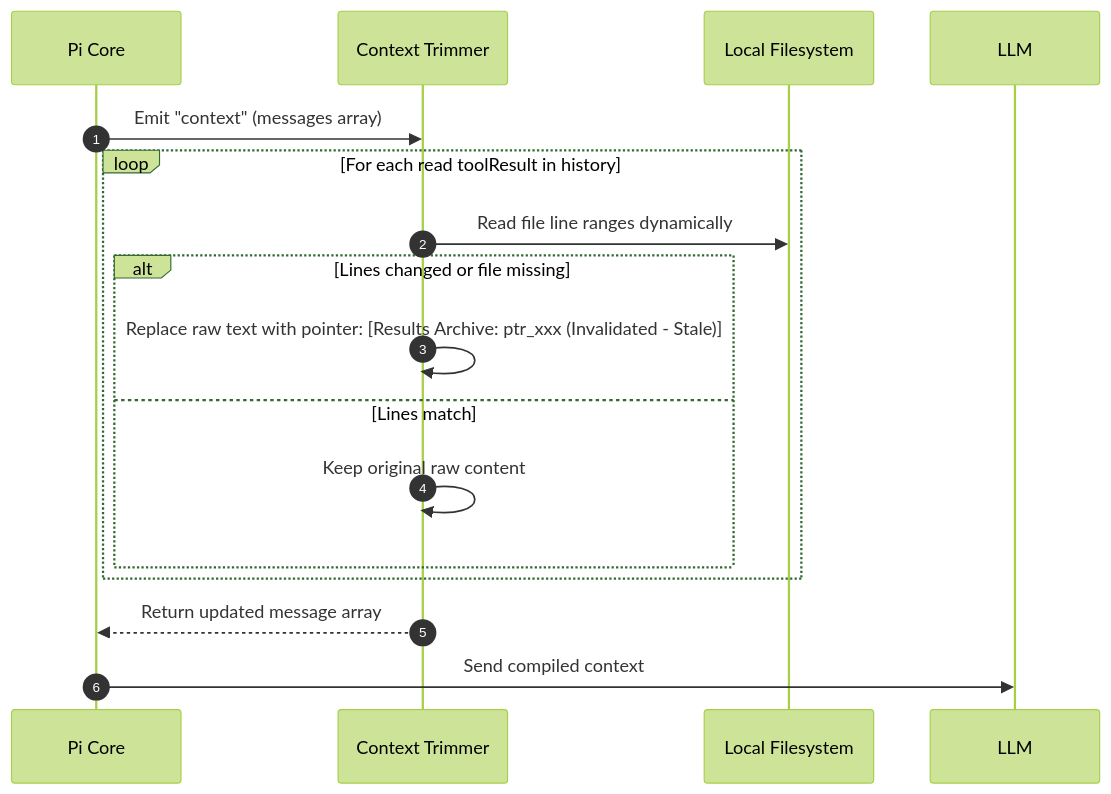
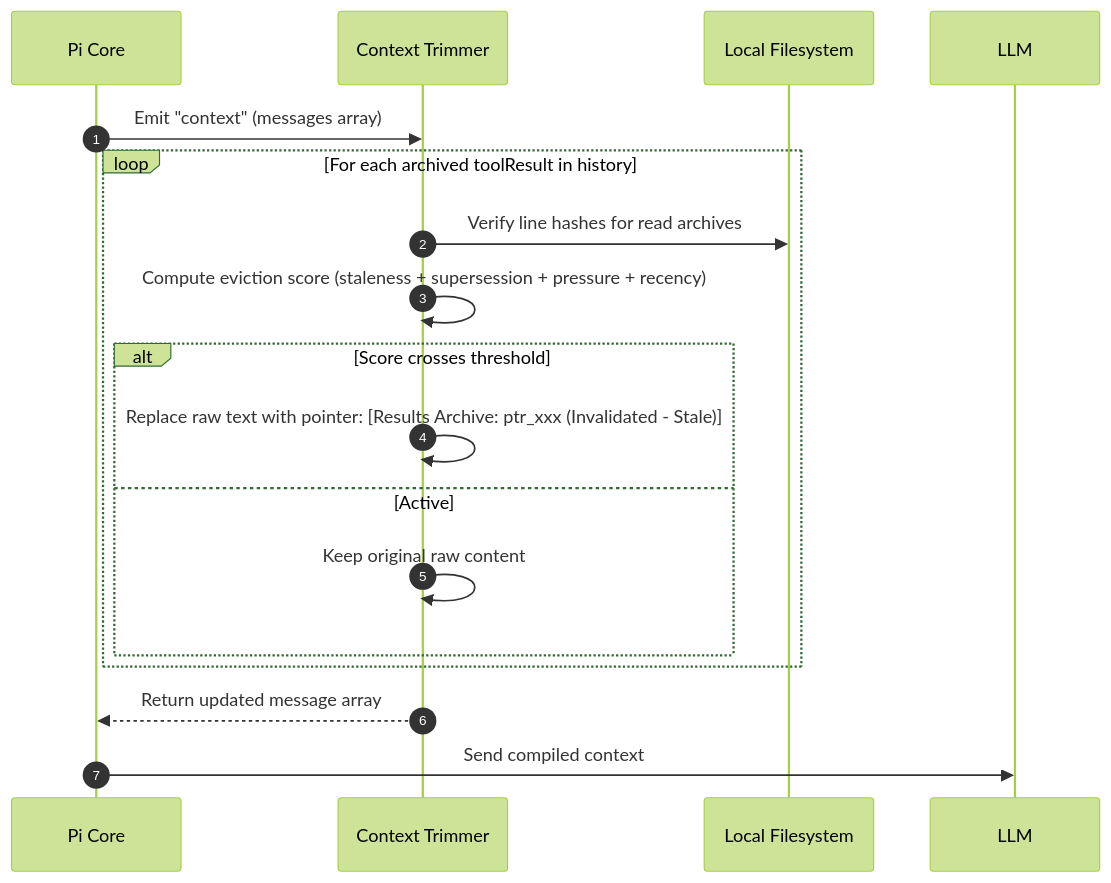
The third of 4 diagrams in docs/architecture.md (SkrOYC/context-trimmer), drawn with Mermaid (forest theme) before and after one commit. The commit also changed other lines of this file and 9 other files, not shown here.

````diff
--- a/docs/architecture.md
+++ b/docs/architecture.md
@@ -130,20 +135,21 @@
 ```mermaid
 sequenceDiagram
     autonumber
     participant PiCore as Pi Core
     participant Ext as Context Trimmer
     participant Disk as Local Filesystem
     participant LLM
 
     PiCore->>Ext: Emit "context" (messages array)
-    loop For each read toolResult in history
-        Ext->>Disk: Read file line ranges dynamically
-        alt Lines changed or file missing
+    loop For each archived toolResult in history
+        Ext->>Disk: Verify line hashes for read archives
+        Ext->>Ext: Compute eviction score (staleness + supersession + pressure + recency)
+        alt Score crosses threshold
             Ext->>Ext: Replace raw text with pointer: [Results Archive: ptr_xxx (Invalidated - Stale)]
-        else Lines match
+        else Active
             Ext->>Ext: Keep original raw content
         end
     end
     Ext-->>PiCore: Return updated message array
     PiCore->>LLM: Send compiled context
 ```
````
